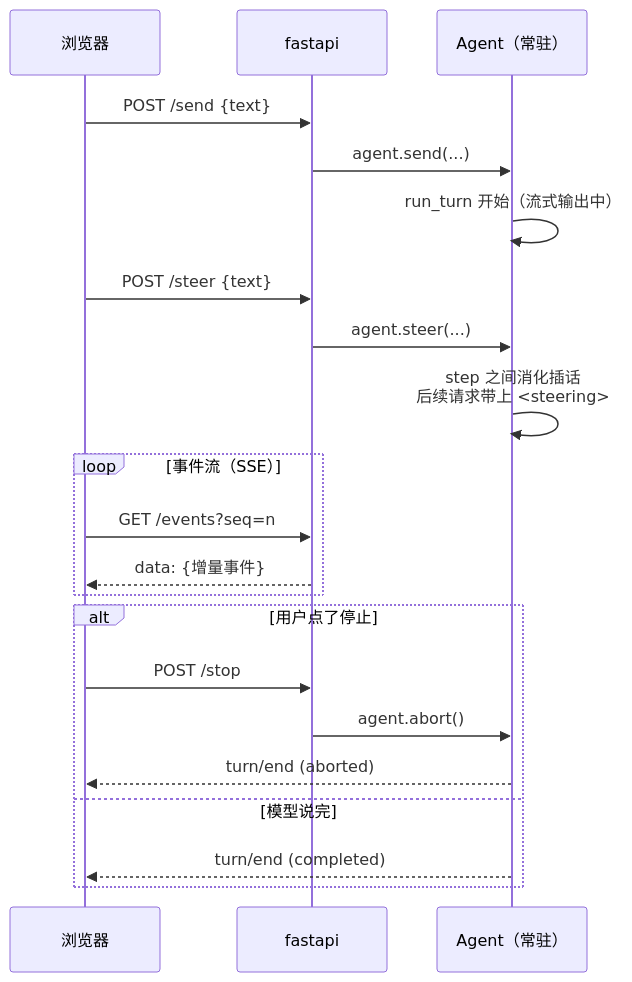
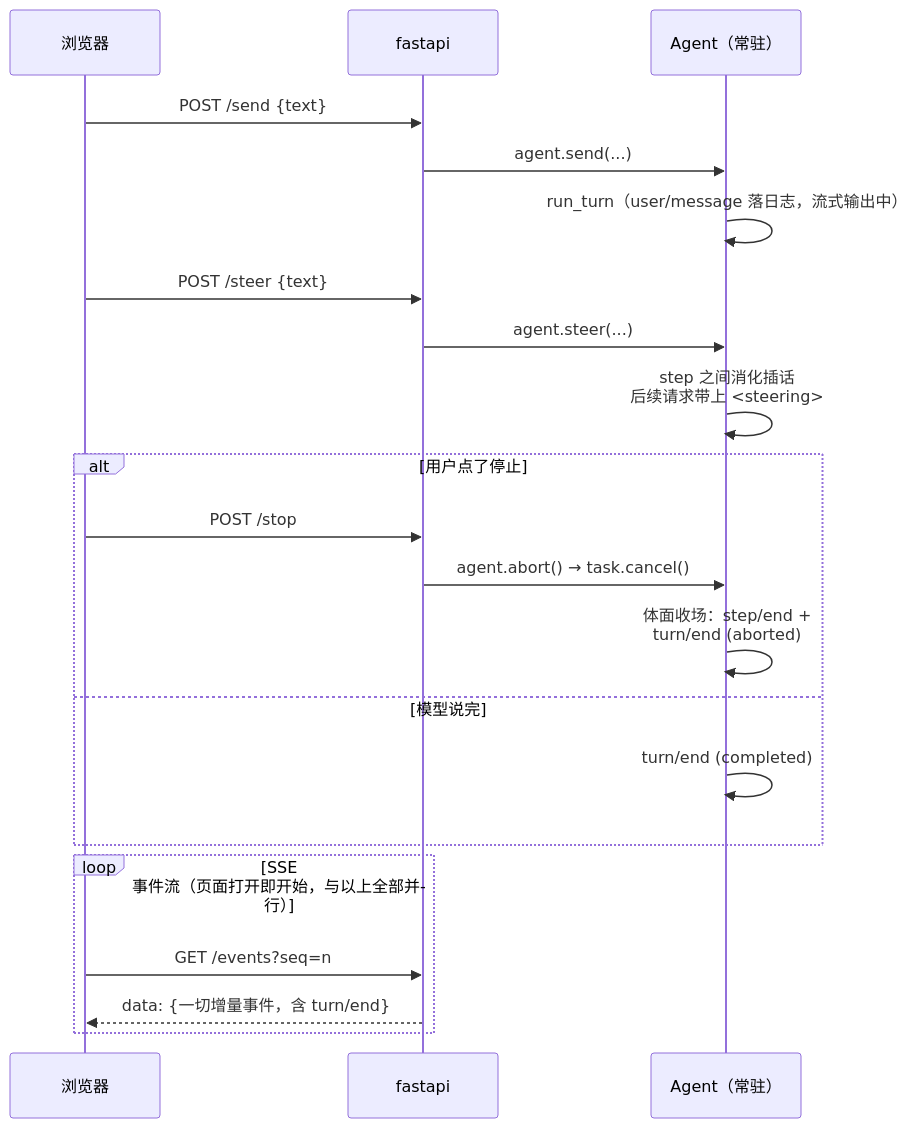
One commit to jesongit/learn-dsh changed the diagram in notes/M2/04-事件日志的脸面Web-UI.md. Above: the diagram before and after it, drawn with Mermaid. The commit also changed other lines of this file, not shown here.

Commit message:
docs(M2-04): 时序图纠错——去掉 Agent→浏览器直达虚线（一切经 SSE 通道），SSE 循环标注页面打开即开始

````diff
--- a/notes/M2/04-事件日志的脸面Web-UI.md
+++ b/notes/M2/04-事件日志的脸面Web-UI.md
@@ -34,24 +34,24 @@
 ```mermaid
 %%{init: {"fontFamily": "Microsoft YaHei"}}%%
 sequenceDiagram
     participant B as 浏览器
     participant F as fastapi
     participant A as Agent（常驻）
     B->>F: POST /send {text}
     F->>A: agent.send(...)
-    A->>A: run_turn 开始（流式输出中）
+    A->>A: run_turn（user/message 落日志，流式输出中）
     B->>F: POST /steer {text}
     F->>A: agent.steer(...)
     A->>A: step 之间消化插话<br/>后续请求带上 <steering>
-    loop 事件流（SSE）
-        B->>F: GET /events?seq=n
-        F-->>B: data: {增量事件}
-    end
     alt 用户点了停止
         B->>F: POST /stop
-        F->>A: agent.abort()
-        A-->>B: turn/end (aborted)
+        F->>A: agent.abort() → task.cancel()
+        A->>A: 体面收场：step/end +<br/>turn/end (aborted)
     else 模型说完
-        A-->>B: turn/end (completed)
+        A->>A: turn/end (completed)
+    end
+    loop SSE 事件流（页面打开即开始，与以上全部并行）
+        B->>F: GET /events?seq=n
+        F-->>B: data: {一切增量事件，含 turn/end}
     end
 ```
````
